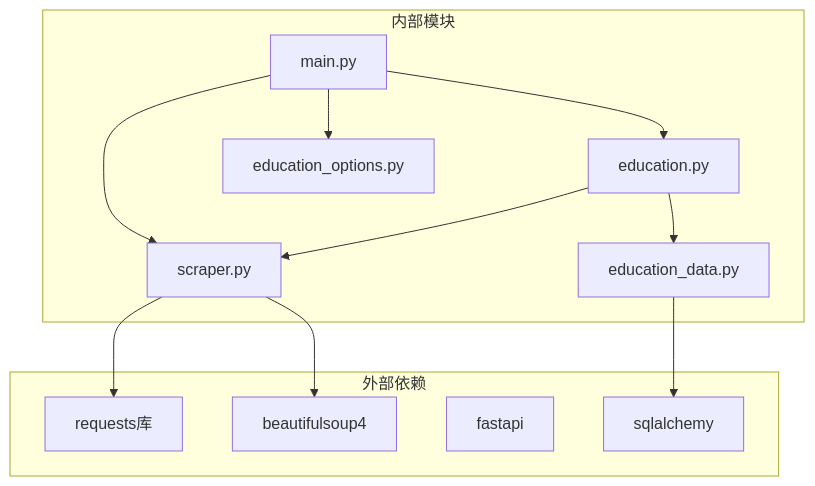
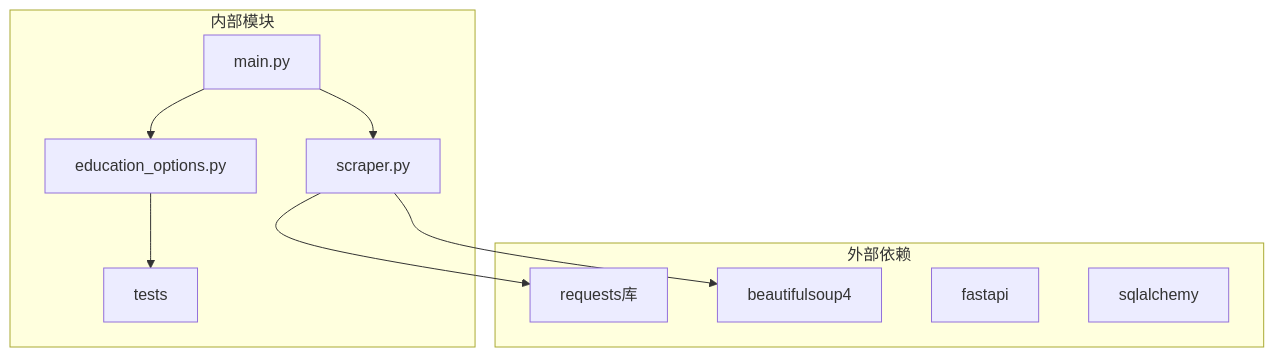
The ninth of 11 diagrams in .qoder/repowiki/zh/content/后端API文档/学术数据查询API/课表查询API.md (ghbbn053-ship-itsoulddog/soulddog), drawn with Mermaid before and after one commit. The commit also changed other lines of this file and 12 other files, not shown here.

````diff
--- a/.qoder/repowiki/zh/content/后端API文档/学术数据查询API/课表查询API.md
+++ b/.qoder/repowiki/zh/content/后端API文档/学术数据查询API/课表查询API.md
@@ -305,24 +352,20 @@
 ```mermaid
 graph TB
 subgraph "外部依赖"
 Requests[requests库]
 BeautifulSoup[beautifulsoup4]
 FastAPI[fastapi]
 SQLAlchemy[sqlalchemy]
 end
 subgraph "内部模块"
 Main[main.py]
-EducationAPI[education.py]
 Scraper[scraper.py]
 Options[education_options.py]
-Models[education_data.py]
+Test[tests]
 end
-Main --> EducationAPI
 Main --> Scraper
 Main --> Options
-EducationAPI --> Scraper
-EducationAPI --> Models
 Scraper --> Requests
 Scraper --> BeautifulSoup
-Models --> SQLAlchemy
+Options --> Test
 ```
````
